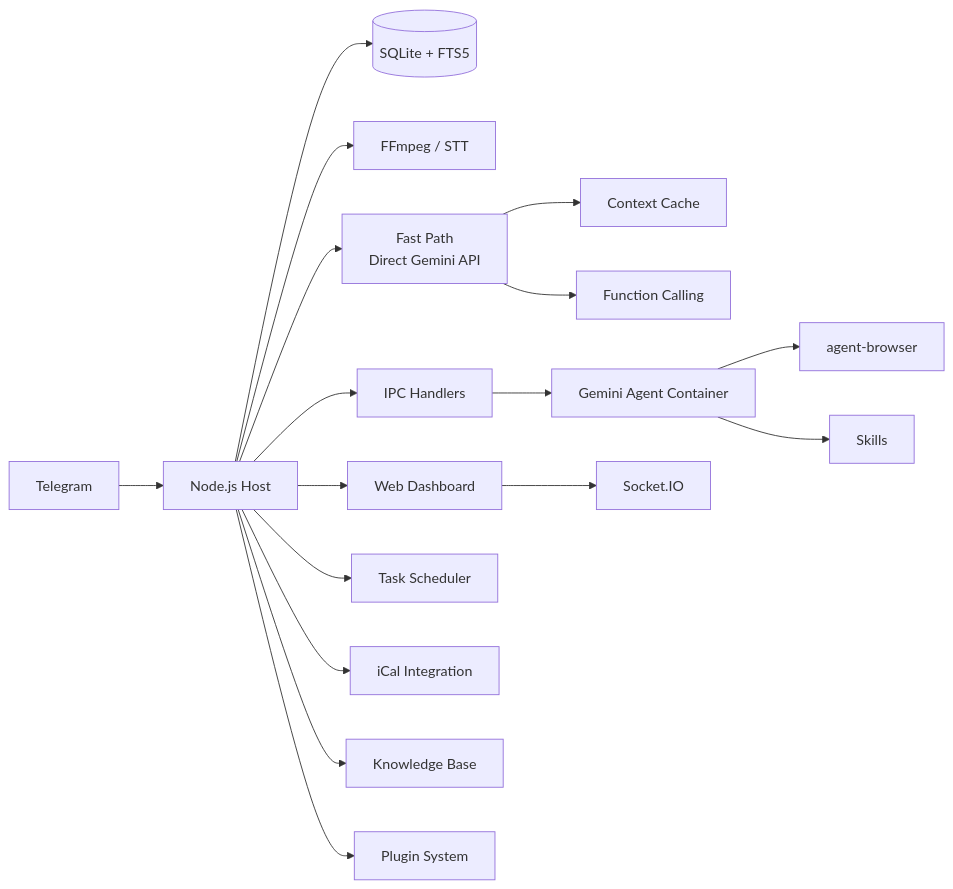
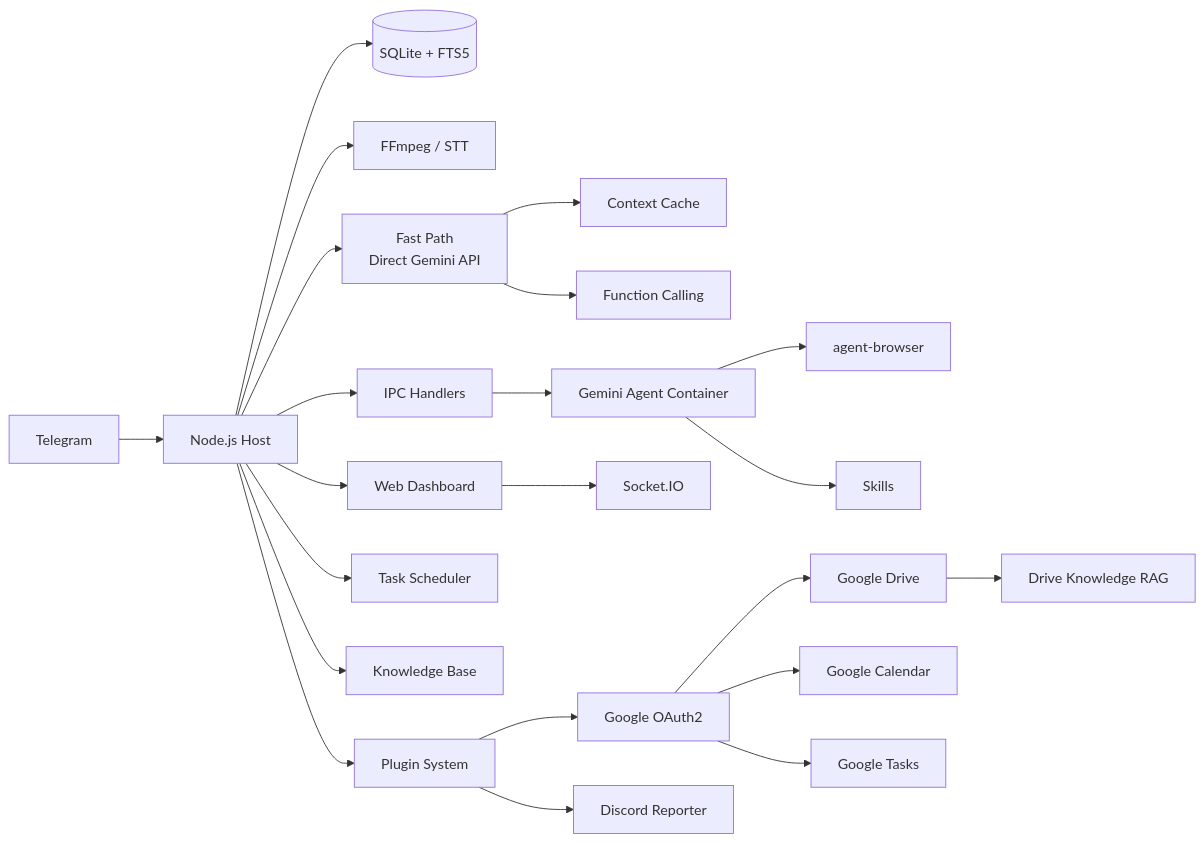
The diagram in README.es.md (Rlin1027/NanoGemClaw), drawn with Mermaid before and after one commit. The commit also changed other lines of this file and 8 other files, not shown here.

Commit message:
docs: update README and CHANGELOG for Google ecosystem plugins

````diff
--- a/README.es.md
+++ b/README.es.md
@@ -317,19 +367,24 @@
 ```mermaid
 graph LR
     TG[Telegram] --> Bot[Node.js Host]
     Bot --> DB[(SQLite + FTS5)]
     Bot --> STT[FFmpeg / STT]
     Bot --> FP[Fast Path<br/>Direct Gemini API]
     FP --> Cache[Context Cache]
     FP --> FC[Function Calling]
     Bot --> IPC[IPC Handlers]
     IPC --> Container[Gemini Agent Container]
     Container --> Browser[agent-browser]
     Container --> Skills[Skills]
     Bot --> Dashboard[Web Dashboard]
     Dashboard --> WS[Socket.IO]
     Bot --> Scheduler[Task Scheduler]
-    Bot --> Calendar[iCal Integration]
     Bot --> Knowledge[Knowledge Base]
     Bot --> Plugins[Plugin System]
+    Plugins --> GAuth[Google OAuth2]
+    GAuth --> GDrive[Google Drive]
+    GAuth --> GCal[Google Calendar]
+    GAuth --> GTasks[Google Tasks]
+    GDrive --> RAG[Drive Knowledge RAG]
+    Plugins --> Discord[Discord Reporter]
 ```
````
